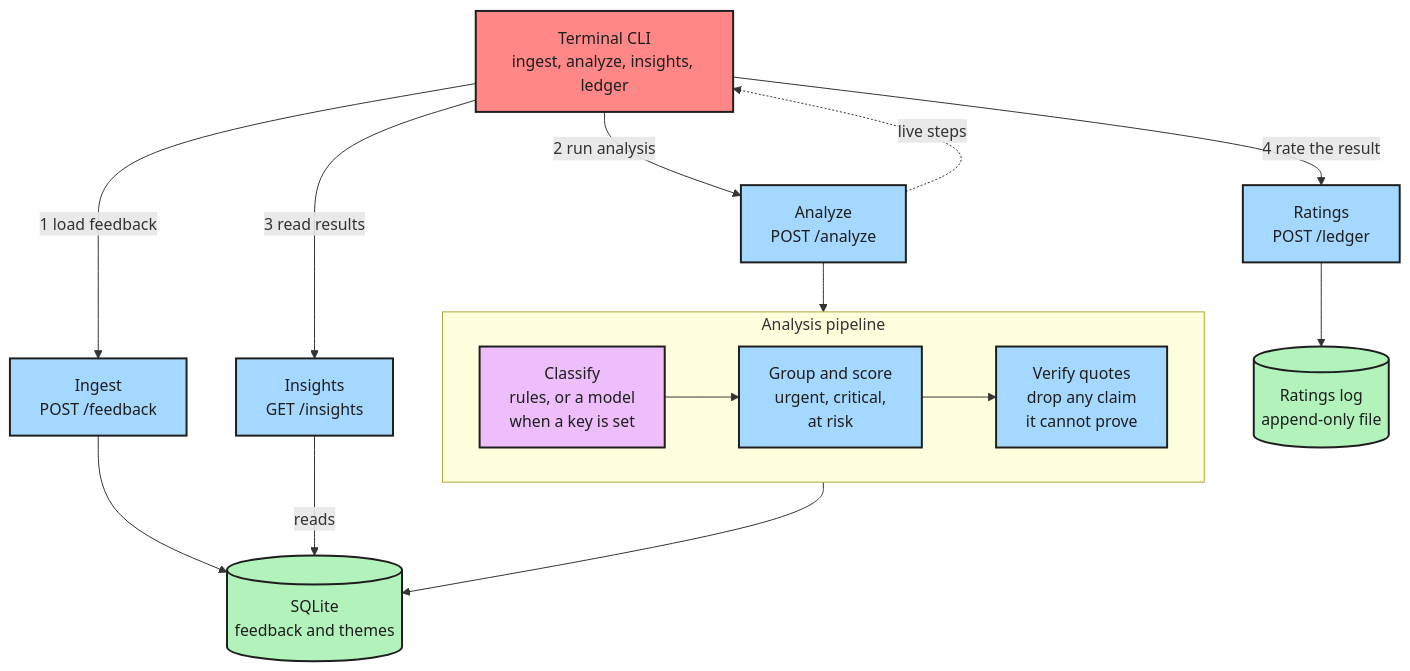
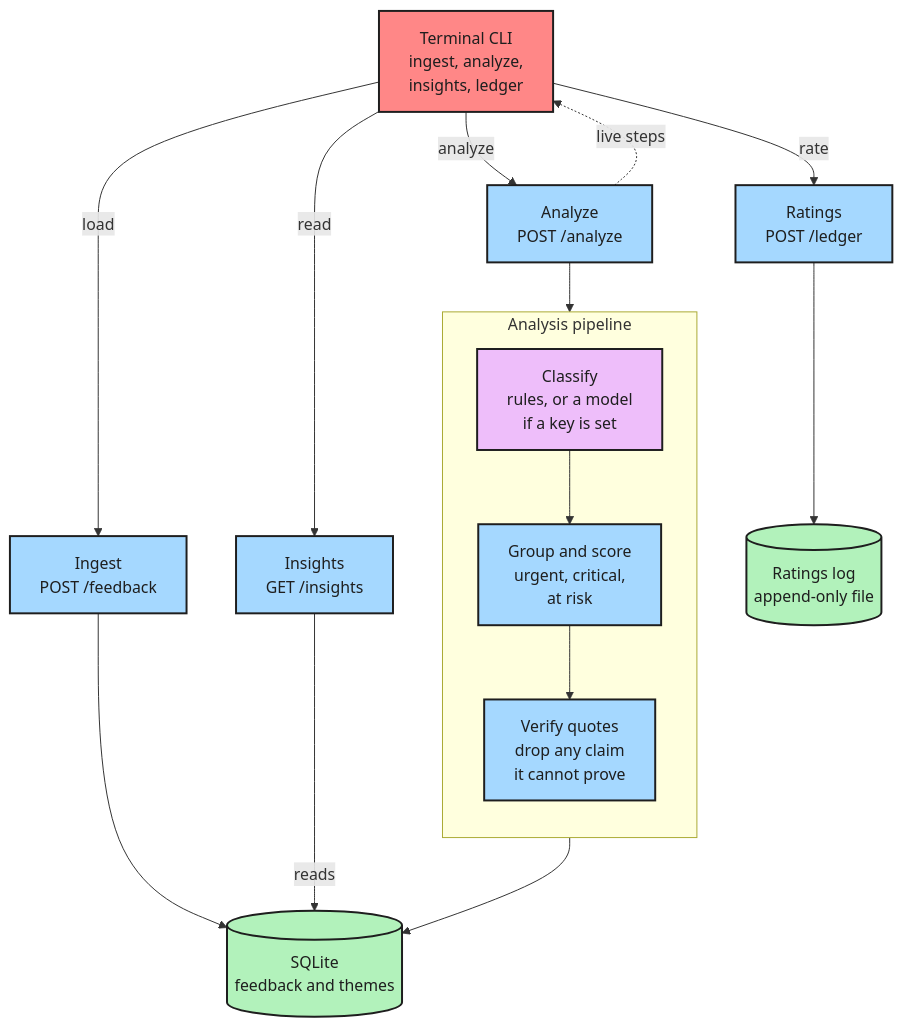
The diagram in README.md (jameswniu/customer-feedback-insights), drawn with Mermaid before and after one commit.

Commit message:
Make the architecture diagram narrower so its text is larger

````diff
--- a/README.md
+++ b/README.md
@@ -44,26 +44,26 @@
 ```mermaid
 flowchart TB
-    CLI["Terminal CLI<br/>ingest, analyze, insights, ledger"]:::ui
+    CLI["Terminal CLI<br/>ingest, analyze,<br/>insights, ledger"]:::ui
 
-    CLI -->|"1 load feedback"| ING["Ingest<br/>POST /feedback"]:::api
-    CLI -->|"2 run analysis"| ANA["Analyze<br/>POST /analyze"]:::api
-    CLI -->|"3 read results"| INS["Insights<br/>GET /insights"]:::api
-    CLI -->|"4 rate the result"| RAT["Ratings<br/>POST /ledger"]:::api
+    CLI -->|load| ING["Ingest<br/>POST /feedback"]:::api
+    CLI -->|analyze| ANA["Analyze<br/>POST /analyze"]:::api
+    CLI -->|read| INS["Insights<br/>GET /insights"]:::api
+    CLI -->|rate| RAT["Ratings<br/>POST /ledger"]:::api
 
     subgraph PIPE["Analysis pipeline"]
-        direction LR
-        CLS["Classify<br/>rules, or a model<br/>when a key is set"]:::model --> SCO["Group and score<br/>urgent, critical,<br/>at risk"]:::api --> VER["Verify quotes<br/>drop any claim<br/>it cannot prove"]:::api
+        direction TB
+        CLS["Classify<br/>rules, or a model<br/>if a key is set"]:::model --> SCO["Group and score<br/>urgent, critical,<br/>at risk"]:::api --> VER["Verify quotes<br/>drop any claim<br/>it cannot prove"]:::api
     end
 
     ANA --> PIPE
     ANA -. "live steps" .-> CLI
     ING --> DB
     PIPE --> DB[("SQLite<br/>feedback and themes")]:::data
     INS -->|reads| DB
     RAT --> LED[("Ratings log<br/>append-only file")]:::data
 
     classDef ui fill:#ff8787,stroke:#1e1e1e,color:#1e1e1e,stroke-width:2px;
     classDef api fill:#a5d8ff,stroke:#1e1e1e,color:#1e1e1e,stroke-width:2px;
     classDef model fill:#eebefa,stroke:#1e1e1e,color:#1e1e1e,stroke-width:2px;
     classDef data fill:#b2f2bb,stroke:#1e1e1e,color:#1e1e1e,stroke-width:2px;
 ```
````
